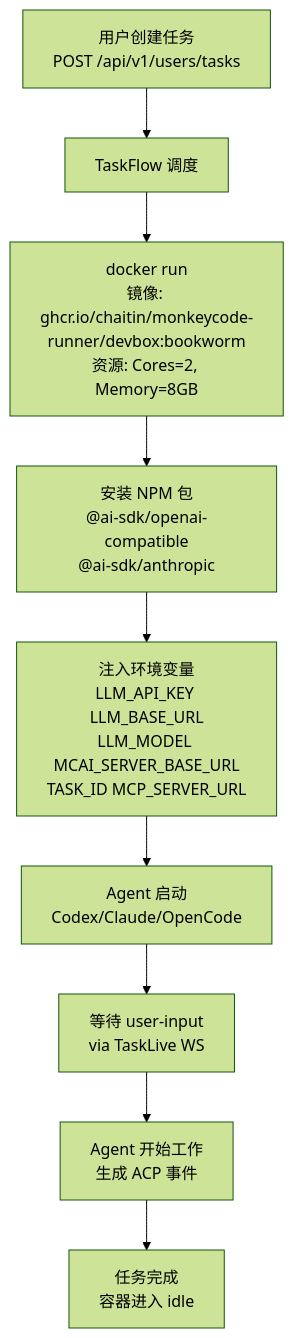
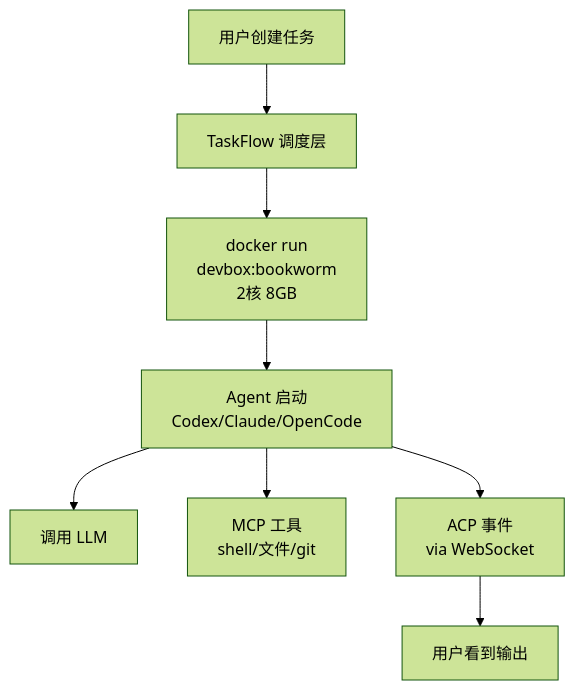
Before and after one commit to vibe-coding-labs/MonkeyCodeReverseEngineer: the diagram in docs/06-vm-taskflow/README.md, drawn with Mermaid (forest theme). The commit also changed other lines of this file and 11 other files, not shown here.

````diff
--- a/docs/06-vm-taskflow/README.md
+++ b/docs/06-vm-taskflow/README.md
@@ -50,11 +7,10 @@
 ```mermaid
 flowchart TB
-    Start["用户创建任务<br/>POST /api/v1/users/tasks"] --> TaskFlow["TaskFlow 调度"]
-    TaskFlow --> Docker["docker run<br/>镜像: ghcr.io/chaitin/monkeycode-runner/devbox:bookworm<br/>资源: Cores=2, Memory=8GB"]
-    Docker --> NPM["安装 NPM 包<br/>@ai-sdk/openai-compatible<br/>@ai-sdk/anthropic<br/><coding-agent>"]
-    NPM --> Env["注入环境变量<br/>LLM_API_KEY LLM_BASE_URL<br/>LLM_MODEL MCAI_SERVER_BASE_URL<br/>TASK_ID MCP_SERVER_URL"]
-    Env --> Agent["Agent 启动<br/>Codex/Claude/OpenCode"]
-    Agent --> Wait["等待 user-input<br/>via TaskLive WS"]
-    Wait --> Work["Agent 开始工作<br/>生成 ACP 事件"]
-    Work --> Done["任务完成<br/>容器进入 idle"]
+    Start["用户创建任务"] --> TaskFlow["TaskFlow 调度层"]
+    TaskFlow --> Docker["docker run<br/>devbox:bookworm<br/>2核 8GB"]
+    Docker --> Agent["Agent 启动<br/>Codex/Claude/OpenCode"]
+    Agent --> LLM["调用 LLM"]
+    Agent --> MCP["MCP 工具<br/>shell/文件/git"]
+    Agent --> WS["ACP 事件<br/>via WebSocket"]
+    WS --> User["用户看到输出"]
 ```
````
